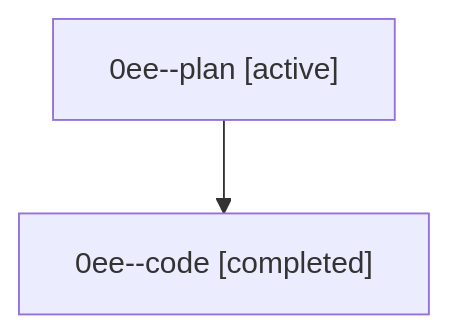
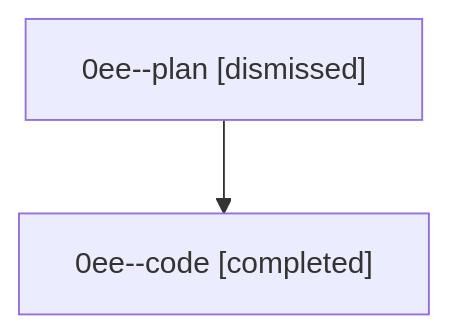
One commit to sase-org/sase--agents changed the diagram in sessions/bbugyi200.athena.0ee.md. Above: the diagram before and after it, drawn with Mermaid. The commit also changed other lines of this file and 30 other files, not shown here.

````diff
--- a/sessions/bbugyi200.athena.0ee.md
+++ b/sessions/bbugyi200.athena.0ee.md
@@ -9,6 +9,6 @@
 ```mermaid
 flowchart TD
-  n0["0ee--plan [active]"]
+  n0["0ee--plan [dismissed]"]
   n1["0ee--code [completed]"]
   n0 --> n1
 ```
````
